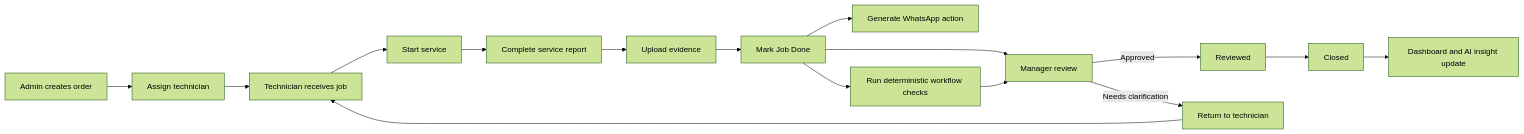
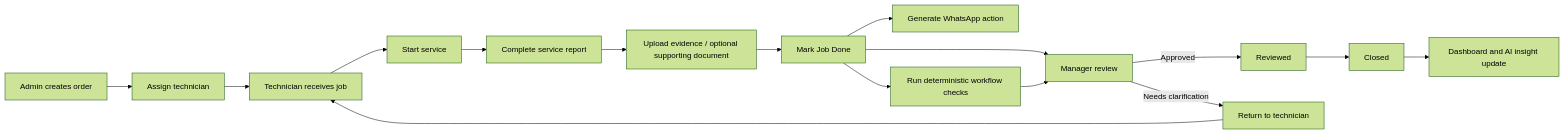
One commit to wong001110/sejukops-assessment changed the diagram in README.md. Above: the diagram before and after it, drawn with Mermaid (forest theme). The commit also changed other lines of this file, not shown here.

````diff
--- a/README.md
+++ b/README.md
@@ -112,18 +83,18 @@
 ```mermaid
 flowchart LR
     A[Admin creates order] --> B[Assign technician]
     B --> C[Technician receives job]
     C --> D[Start service]
     D --> E[Complete service report]
-    E --> F[Upload evidence]
+    E --> F[Upload evidence / optional supporting document]
     F --> G[Mark Job Done]
     G --> H[Generate WhatsApp action]
     G --> I[Run deterministic workflow checks]
     G --> J[Manager review]
     I --> J
     J -->|Approved| K[Reviewed]
     K --> L[Closed]
     L --> M[Dashboard and AI insight update]
     J -->|Needs clarification| N[Return to technician]
     N --> C
 ```
````
